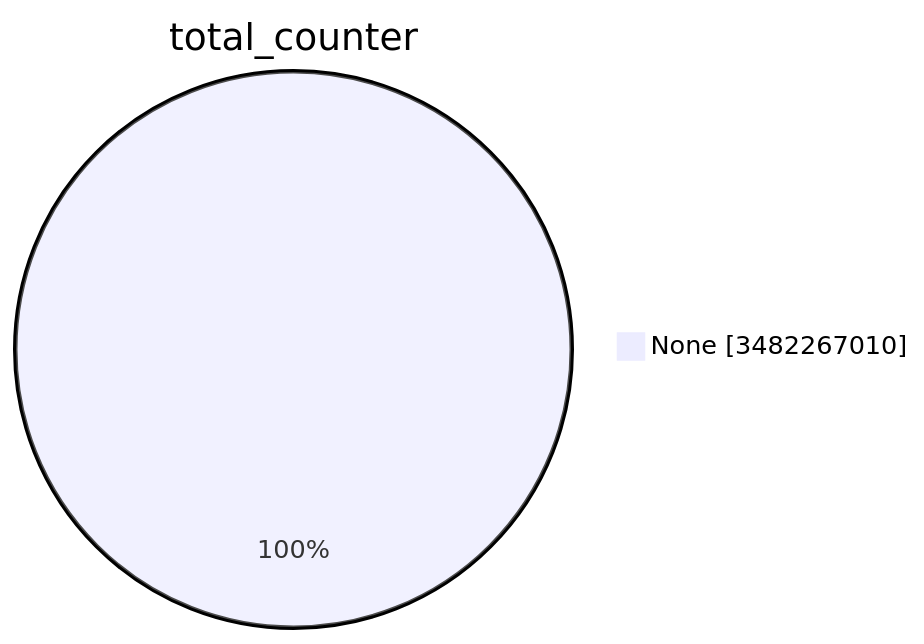
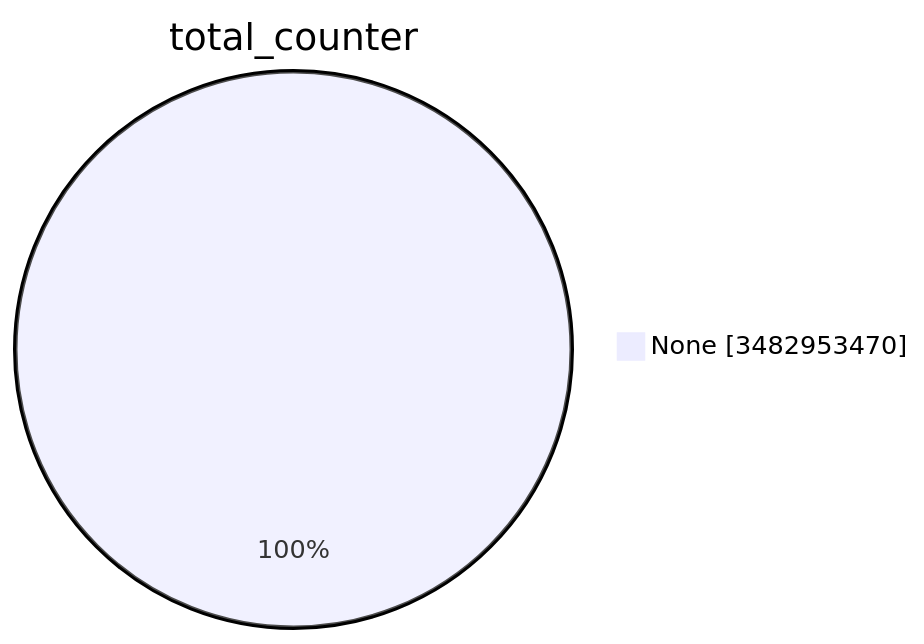
The first of 15 diagrams in TOTAL/README.md (christiankrug/ctmonitor_visualization), drawn with Mermaid before and after one commit. The commit also changed other lines of this file, not shown here.

````diff
--- a/TOTAL/README.md
+++ b/TOTAL/README.md
@@ -1,5 +1,5 @@
 ```mermaid
 pie showData
 title total_counter
-"None" :3482267010
+"None" :3482953470
 ```
````
